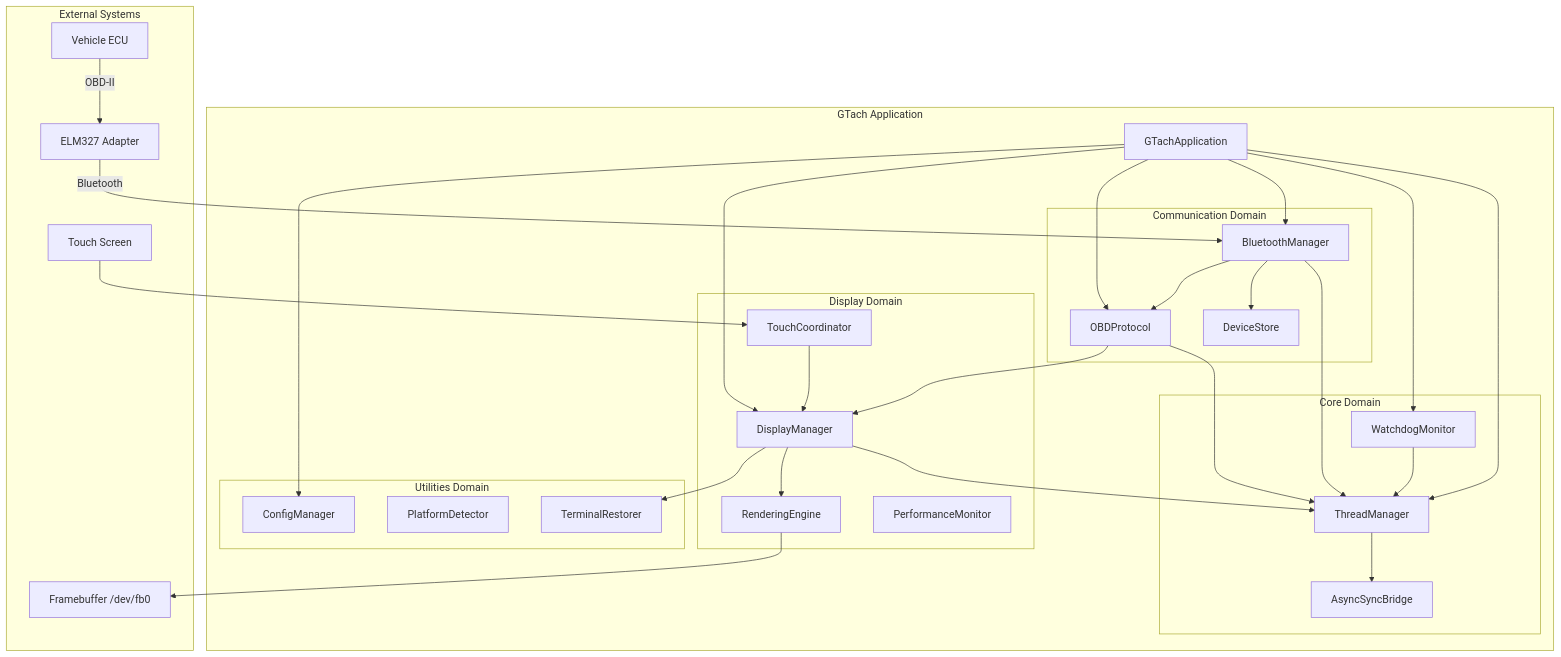
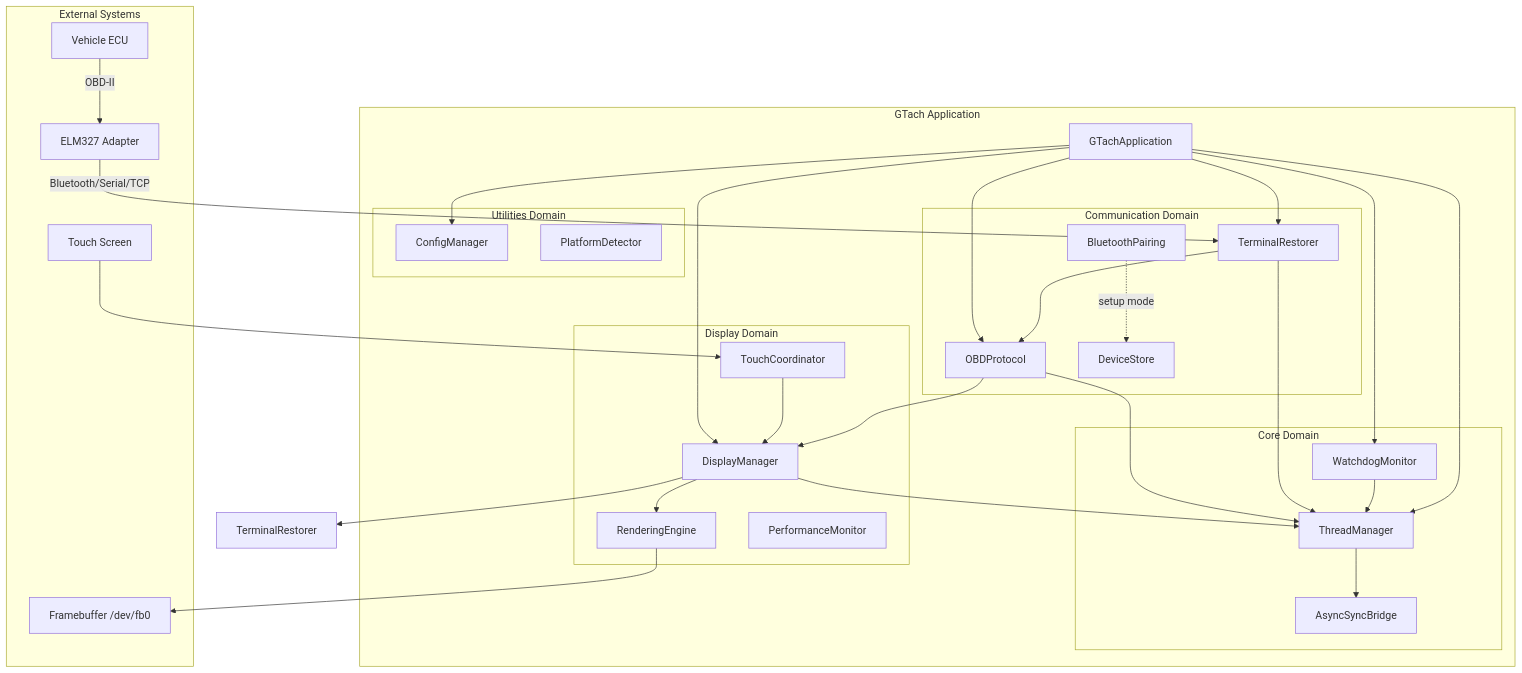
The first of 5 diagrams in workspace/design/design-gtach-master.md (William12556/GTach), drawn with Mermaid before and after one commit. The commit also changed other lines of this file and 27 other files, not shown here.

````diff
--- a/workspace/design/design-gtach-master.md
+++ b/workspace/design/design-gtach-master.md
@@ -703,62 +698,63 @@
 ```mermaid
 graph TB
     subgraph "GTach Application"
         APP[GTachApplication]
         
         subgraph "Core Domain"
             TM[ThreadManager]
             WD[WatchdogMonitor]
             ASB[AsyncSyncBridge]
         end
         
         subgraph "Communication Domain"
-            BT[BluetoothManager]
+            TR[OBDTransport]
             OBD[OBDProtocol]
             DS[DeviceStore]
+            BP[BluetoothPairing]
         end
         
         subgraph "Display Domain"
             DM[DisplayManager]
             RE[RenderingEngine]
             TC[TouchCoordinator]
             PM[PerformanceMonitor]
         end
         
         subgraph "Utilities Domain"
             CM[ConfigManager]
             PD[PlatformDetector]
             TR[TerminalRestorer]
         end
     end
     
     subgraph "External Systems"
         ECU[Vehicle ECU]
         ELM[ELM327 Adapter]
         FB[Framebuffer /dev/fb0]
         TS[Touch Screen]
     end
     
     ECU -->|OBD-II| ELM
-    ELM -->|Bluetooth| BT
-    BT --> OBD
+    ELM -->|Bluetooth/Serial/TCP| TR
+    TR --> OBD
     OBD --> DM
     DM --> RE
     RE --> FB
     TS --> TC
     TC --> DM
     
     APP --> TM
     APP --> WD
-    APP --> BT
+    APP --> TR
     APP --> OBD
     APP --> DM
     APP --> CM
     
     TM --> ASB
     WD --> TM
-    BT --> DS
-    BT --> TM
+    TR --> TM
+    BP -.->|setup mode| DS
     OBD --> TM
     DM --> TM
-    DM --> TR
+    DM --> TermR[TerminalRestorer]
 ```
````
